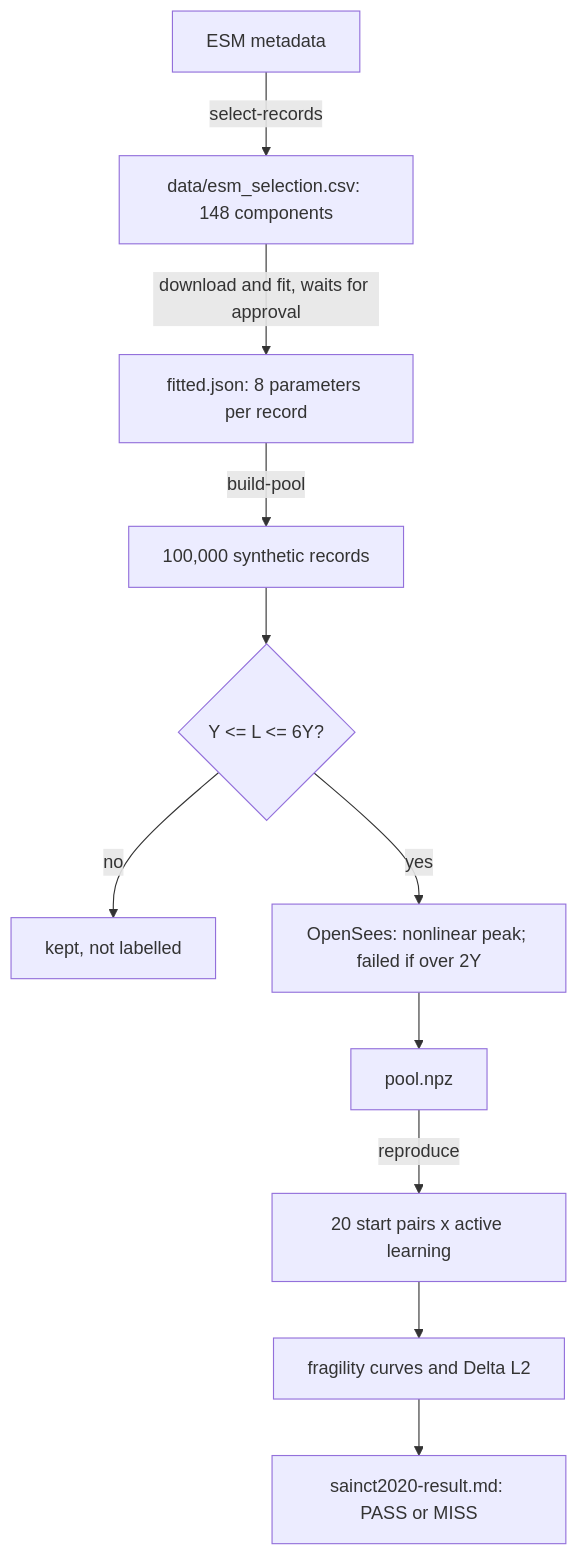
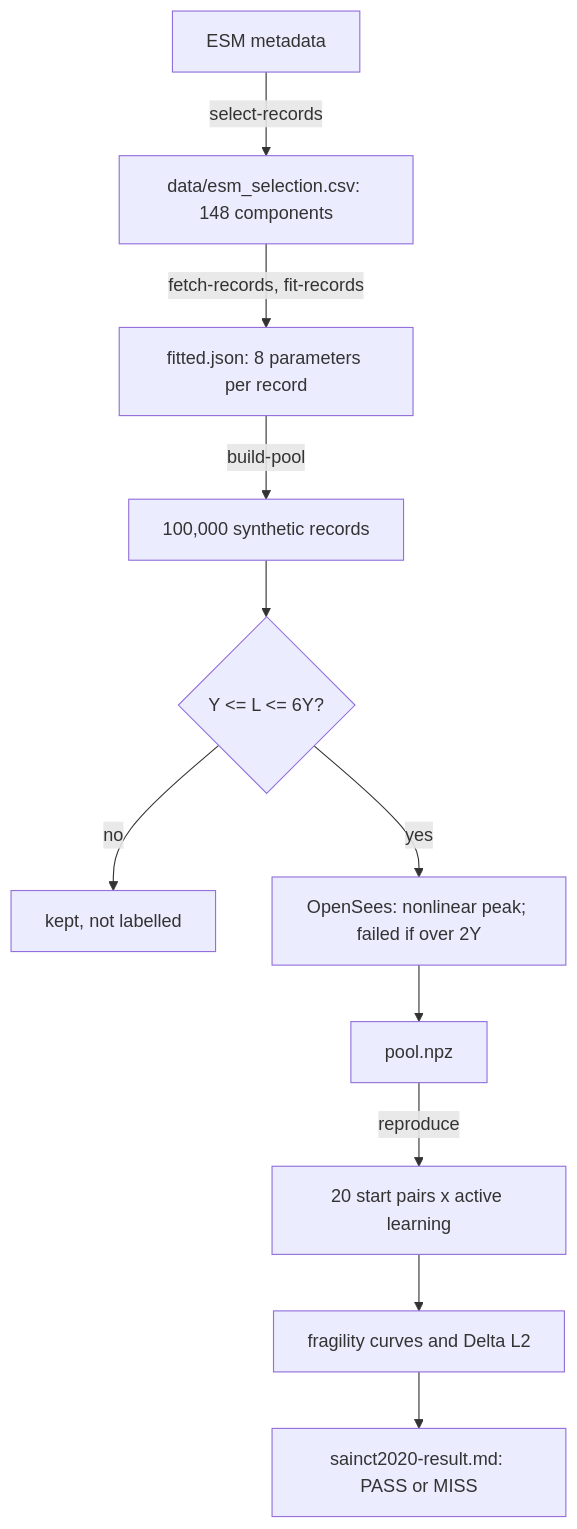
The diagram in docs/guide.md (NabilRobert/earthquake-screening), drawn with Mermaid before and after one commit. The commit also changed other lines of this file and 6 other files, not shown here.

````diff
--- a/docs/guide.md
+++ b/docs/guide.md
@@ -7,13 +7,13 @@
 ```mermaid
 flowchart TD
     A[ESM metadata] -->|select-records| B[data/esm_selection.csv: 148 components]
-    B -->|download and fit, waits for approval| C[fitted.json: 8 parameters per record]
+    B -->|fetch-records, fit-records| C[fitted.json: 8 parameters per record]
     C -->|build-pool| D[100,000 synthetic records]
     D --> E{Y <= L <= 6Y?}
     E -->|no| F[kept, not labelled]
     E -->|yes| G[OpenSees: nonlinear peak; failed if over 2Y]
     G --> H[pool.npz]
     H -->|reproduce| I[20 start pairs x active learning]
     I --> J[fragility curves and Delta L2]
     J --> K[sainct2020-result.md: PASS or MISS]
 ```
````
